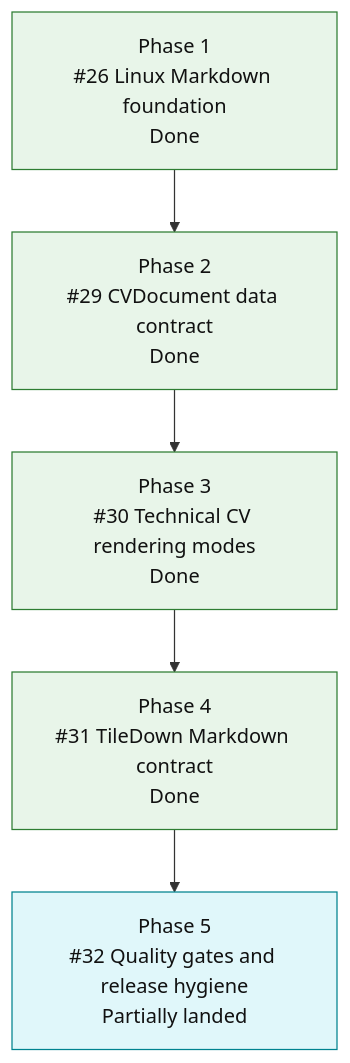
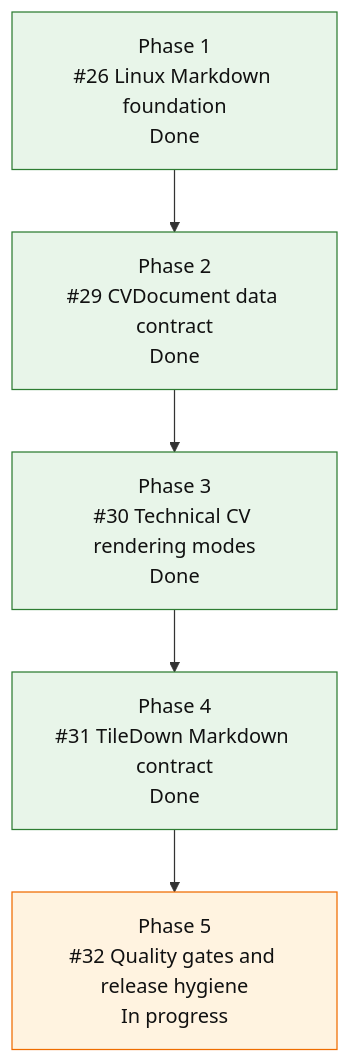
The diagram in README.md (mihaelamj/cvbuilder), drawn with Mermaid before and after one commit. The commit also changed other lines of this file and 10 other files, not shown here.

Commit message:
ci(roadmap): add quality gates for tracked PRs

````diff
--- a/README.md
+++ b/README.md
@@ -150,19 +150,19 @@
 ```mermaid
 flowchart TD
     P1["Phase 1<br/>#26 Linux Markdown foundation<br/>Done"]
     P2["Phase 2<br/>#29 CVDocument data contract<br/>Done"]
     P3["Phase 3<br/>#30 Technical CV rendering modes<br/>Done"]
     P4["Phase 4<br/>#31 TileDown Markdown contract<br/>Done"]
-    P5["Phase 5<br/>#32 Quality gates and release hygiene<br/>Partially landed"]
+    P5["Phase 5<br/>#32 Quality gates and release hygiene<br/>In progress"]
 
     P1 --> P2 --> P3 --> P4 --> P5
 
     classDef done fill:#e8f5e9,stroke:#2e7d32,color:#111;
     classDef active fill:#fff3e0,stroke:#ef6c00,color:#111;
     classDef review fill:#e8f0fe,stroke:#1a73e8,color:#111;
     classDef next fill:#fff8e1,stroke:#f9a825,color:#111;
     classDef partial fill:#e0f7fa,stroke:#00838f,color:#111;
     classDef todo fill:#eef3ff,stroke:#3367d6,color:#111;
     class P1,P2,P3,P4 done;
-    class P5 partial;
+    class P5 active;
 ```
````
